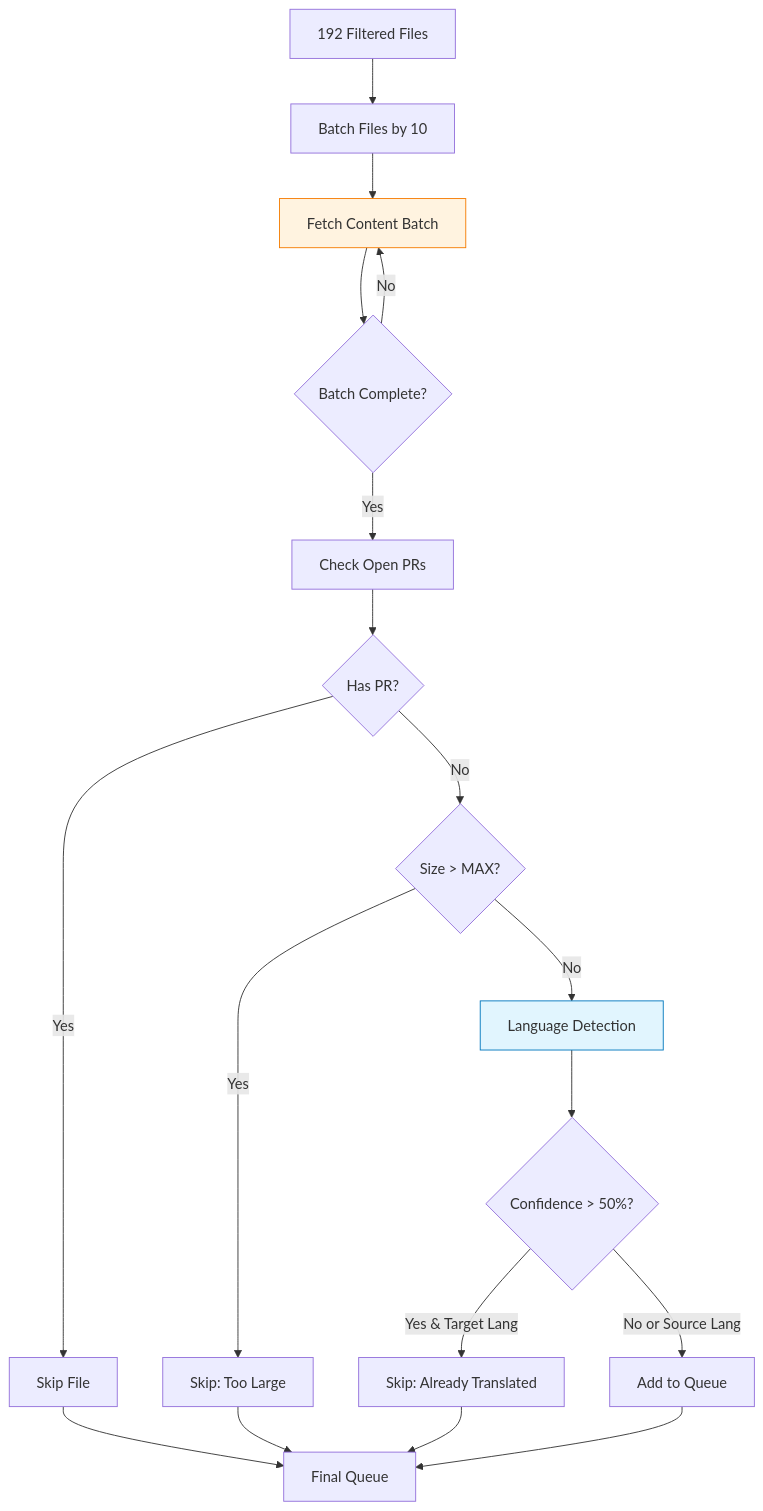
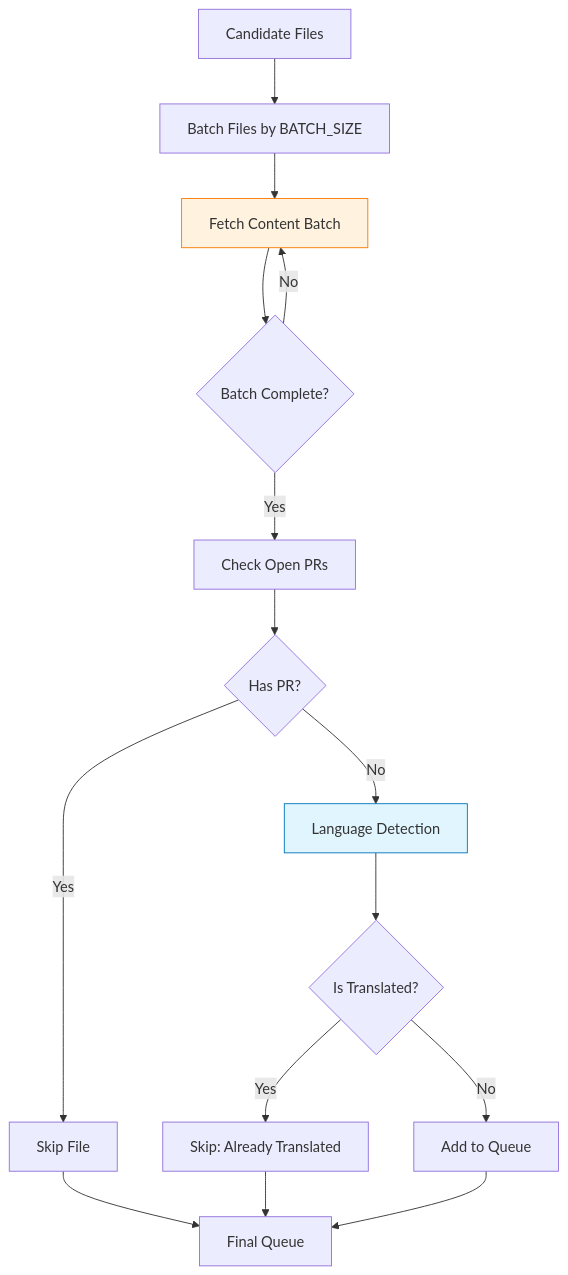
One commit to NivaldoFarias/translate-react changed the fifth of 11 diagrams in docs/WORKFLOW.md. Above: the diagram before and after it, drawn with Mermaid. The commit also changed other lines of this file and 28 other files, not shown here.

````diff
--- a/docs/WORKFLOW.md
+++ b/docs/WORKFLOW.md
@@ -221,28 +224,24 @@
 ```mermaid
 flowchart TD
-    A[192 Filtered Files] --> B[Batch Files by 10]
+    A[Candidate Files] --> B[Batch Files by BATCH_SIZE]
     B --> C[Fetch Content Batch]
 
     C --> D{Batch Complete?}
     D -->|No| C
     D -->|Yes| E[Check Open PRs]
 
     E --> F{Has PR?}
     F -->|Yes| G[Skip File]
-    F -->|No| H{Size > MAX?}
+    F -->|No| J[Language Detection]
 
-    H -->|Yes| I[Skip: Too Large]
-    H -->|No| J[Language Detection]
-
-    J --> K{Confidence > 50%?}
-    K -->|Yes & Target Lang| L[Skip: Already Translated]
-    K -->|No or Source Lang| M[Add to Queue]
+    J --> K{Is Translated?}
+    K -->|Yes| L[Skip: Already Translated]
+    K -->|No| M[Add to Queue]
 
     M --> N[Final Queue]
     G --> N
-    I --> N
     L --> N
 
     style C fill:#fff3e0,stroke:#f57c00
     style J fill:#e1f5fe,stroke:#0277bd
 ```
````
